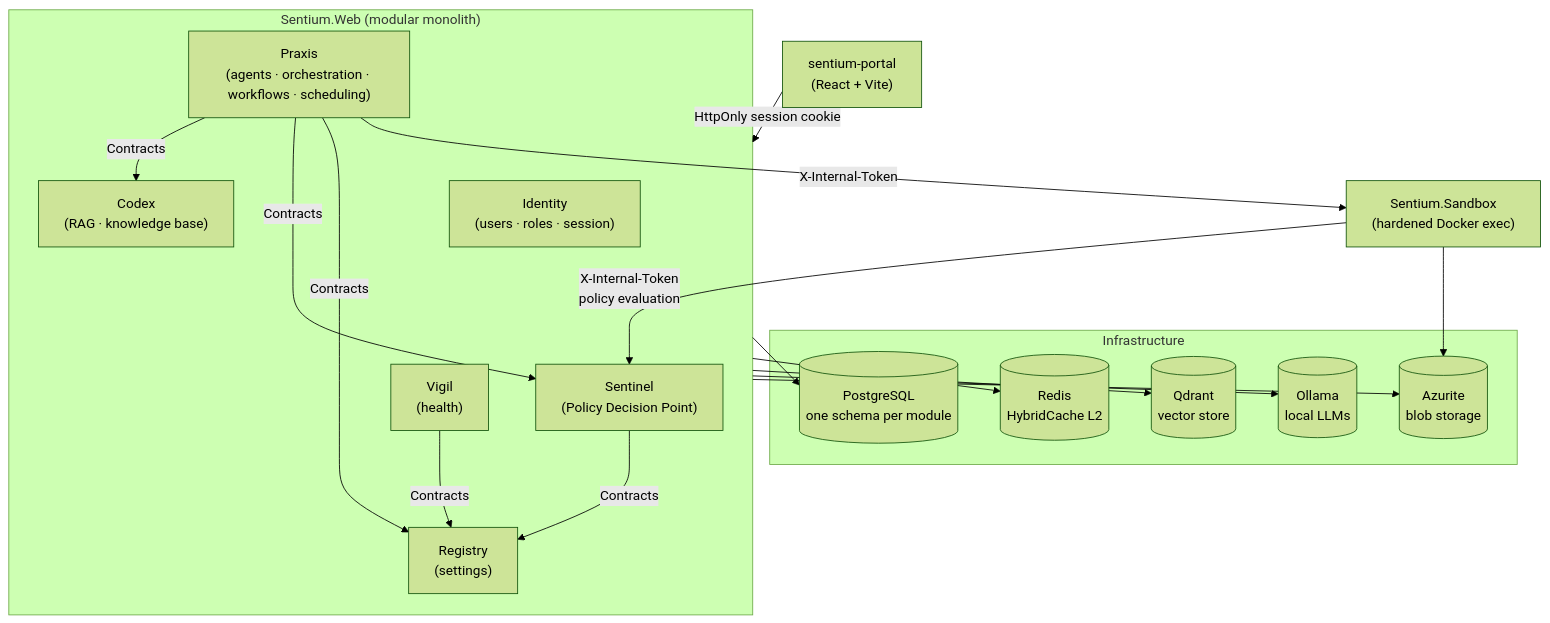
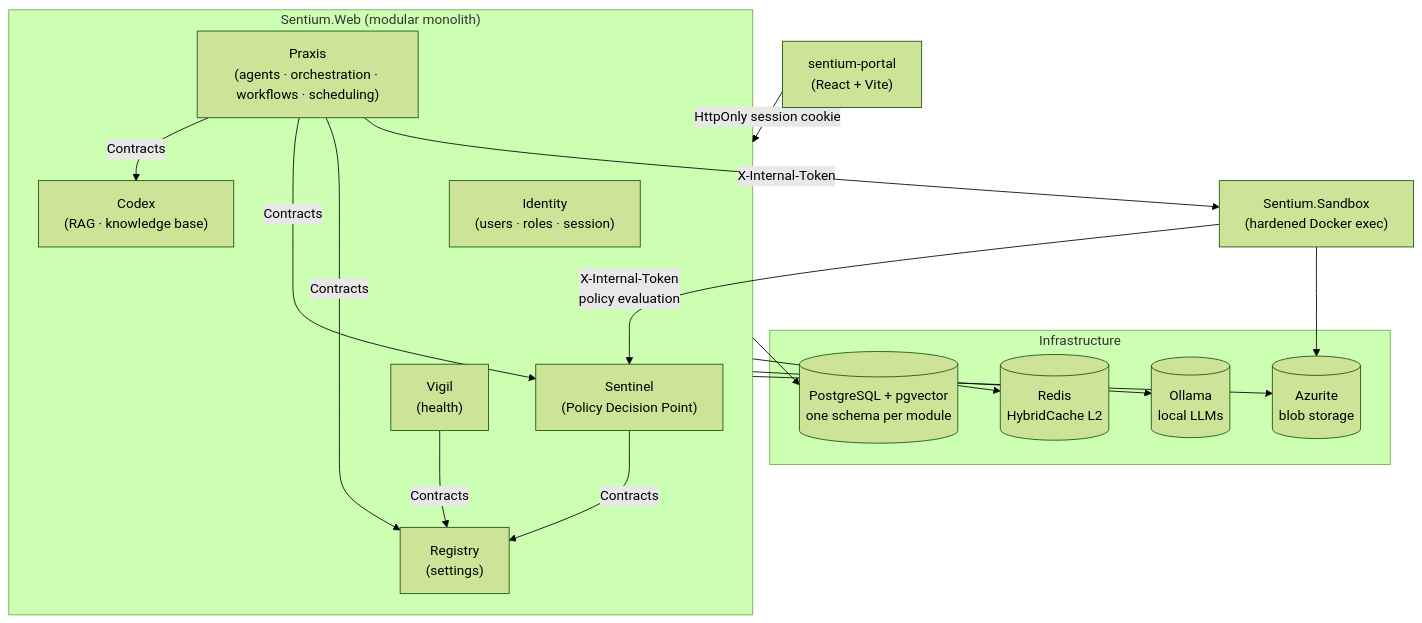
The diagram in README.md (mihailshterev/sentium), drawn with Mermaid (forest theme) before and after one commit. The commit also changed other lines of this file and 46 other files, not shown here.

Commit message:
replace qdrant with pgvector

````diff
--- a/README.md
+++ b/README.md
@@ -49,33 +49,32 @@
 ```mermaid
 flowchart TB
     Portal["sentium-portal<br/>(React + Vite)"]
 
     Portal -->|HttpOnly session cookie| Web
 
     subgraph Web["Sentium.Web (modular monolith)"]
         Identity["Identity<br/>(users · roles · session)"]
         Praxis["Praxis<br/>(agents · orchestration · workflows · scheduling)"]
         Codex["Codex<br/>(RAG · knowledge base)"]
         Sentinel["Sentinel<br/>(Policy Decision Point)"]
         Registry["Registry<br/>(settings)"]
         Vigil["Vigil<br/>(health)"]
     end
 
     Praxis -->|Contracts| Codex & Sentinel & Registry
     Sentinel -->|Contracts| Registry
     Vigil -->|Contracts| Registry
 
     Praxis -->|X-Internal-Token| Sandbox["Sentium.Sandbox<br/>(hardened Docker exec)"]
     Sandbox -->|X-Internal-Token<br/>policy evaluation| Sentinel
 
     subgraph Infrastructure
-        PG[("PostgreSQL<br/>one schema per module")]
+        PG[("PostgreSQL + pgvector<br/>one schema per module")]
         Redis[("Redis<br/>HybridCache L2")]
-        Qdrant[("Qdrant<br/>vector store")]
         Ollama[("Ollama<br/>local LLMs")]
         Blobs[("Azurite<br/>blob storage")]
     end
 
-    Web --> PG & Redis & Qdrant & Ollama & Blobs
+    Web --> PG & Redis & Ollama & Blobs
     Sandbox --> Blobs
 ```
````
